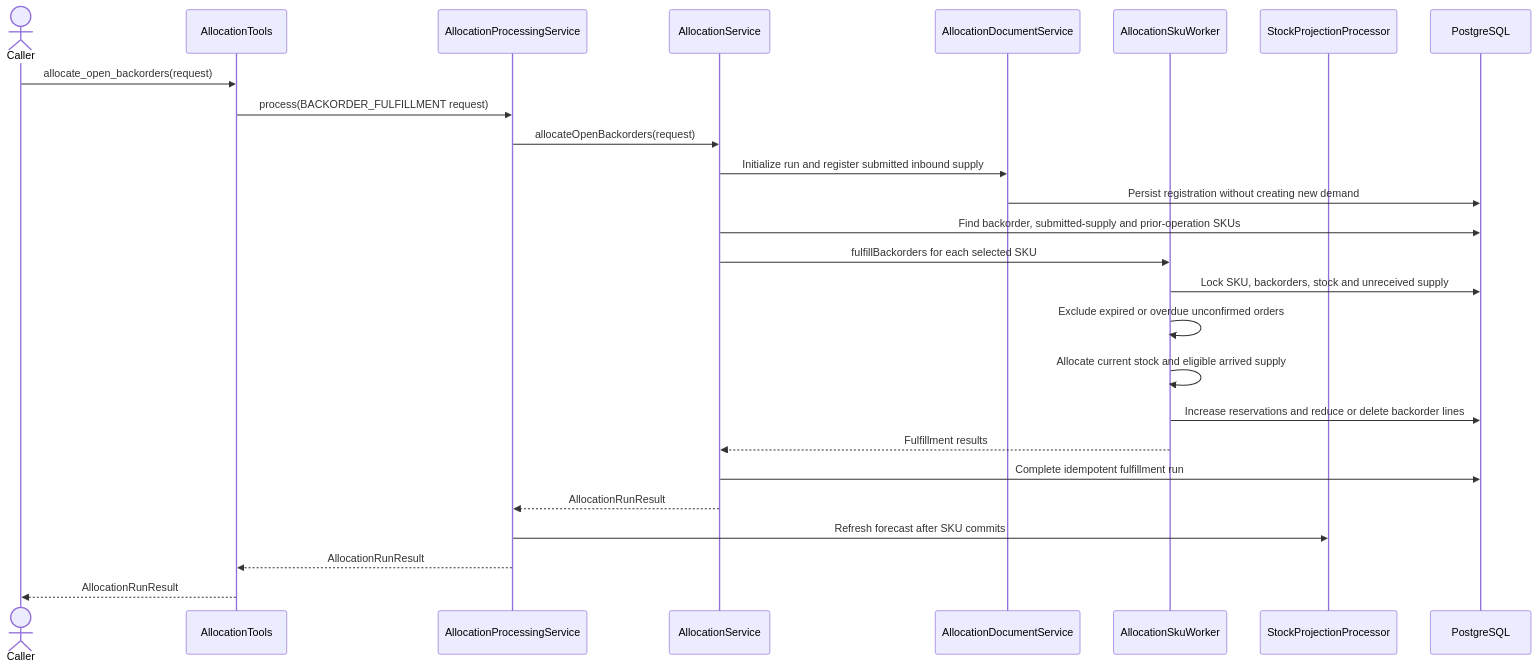
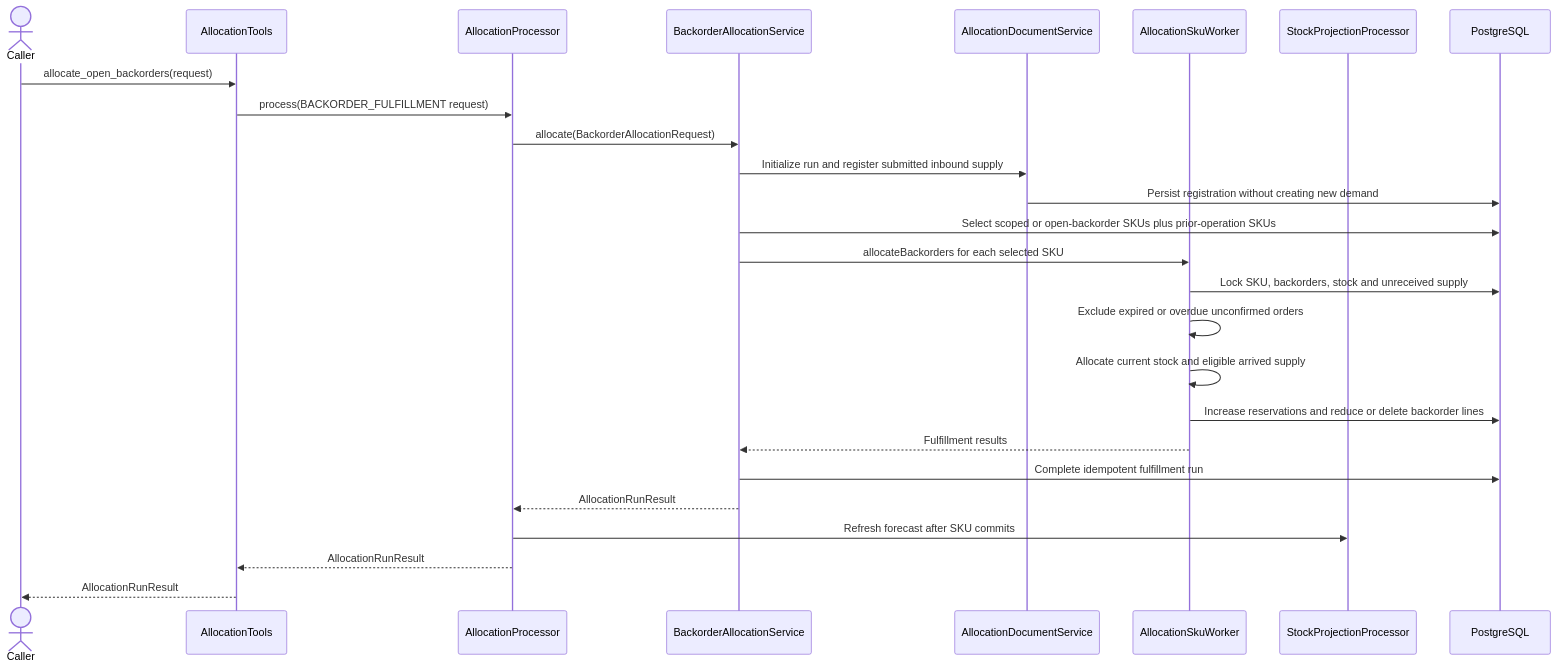
The fifth of 15 diagrams in .github/memory/architecture.md (vriesjo/stockio), drawn with Mermaid before and after one commit. The commit also changed other lines of this file and 2 other files, not shown here.

````diff
--- a/.github/memory/architecture.md
+++ b/.github/memory/architecture.md
@@ -475,29 +501,29 @@
 ```mermaid
 sequenceDiagram
     actor Caller
     participant Tool as AllocationTools
-    participant Processing as AllocationProcessingService
-    participant Allocation as AllocationService
+    participant Processing as AllocationProcessor
+    participant Allocation as BackorderAllocationService
     participant Documents as AllocationDocumentService
     participant Worker as AllocationSkuWorker
     participant Projection as StockProjectionProcessor
     participant DB as PostgreSQL
 
     Caller->>Tool: allocate_open_backorders(request)
     Tool->>Processing: process(BACKORDER_FULFILLMENT request)
-    Processing->>Allocation: allocateOpenBackorders(request)
+    Processing->>Allocation: allocate(BackorderAllocationRequest)
     Allocation->>Documents: Initialize run and register submitted inbound supply
     Documents->>DB: Persist registration without creating new demand
-    Allocation->>DB: Find backorder, submitted-supply and prior-operation SKUs
-    Allocation->>Worker: fulfillBackorders for each selected SKU
+    Allocation->>DB: Select scoped or open-backorder SKUs plus prior-operation SKUs
+    Allocation->>Worker: allocateBackorders for each selected SKU
     Worker->>DB: Lock SKU, backorders, stock and unreceived supply
     Worker->>Worker: Exclude expired or overdue unconfirmed orders
     Worker->>Worker: Allocate current stock and eligible arrived supply
     Worker->>DB: Increase reservations and reduce or delete backorder lines
     Worker-->>Allocation: Fulfillment results
     Allocation->>DB: Complete idempotent fulfillment run
     Allocation-->>Processing: AllocationRunResult
     Processing->>Projection: Refresh forecast after SKU commits
     Processing-->>Tool: AllocationRunResult
     Tool-->>Caller: AllocationRunResult
 ```
````
